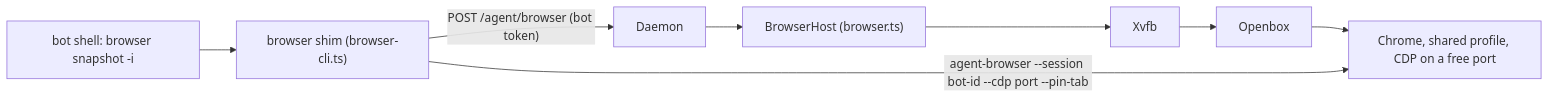
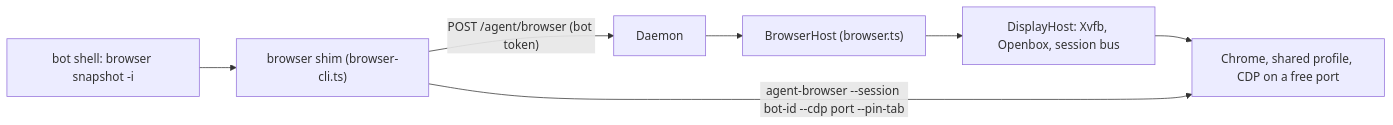
One commit to mittal-parth/companion changed the first of 2 diagrams in docs/phase-2-9.md. Above: the diagram before and after it, drawn with Mermaid. The commit also changed other lines of this file and 20 other files, not shown here.

````diff
--- a/docs/phase-2-9.md
+++ b/docs/phase-2-9.md
@@ -15,8 +26,9 @@
 ```mermaid
 flowchart LR
   Bot["bot shell: browser snapshot -i"] --> Shim["browser shim (browser-cli.ts)"]
   Shim -->|"POST /agent/browser (bot token)"| Daemon
   Daemon --> Host["BrowserHost (browser.ts)"]
-  Host --> Xvfb --> Openbox --> Chrome["Chrome, shared profile, CDP on a free port"]
+  Host --> Display["DisplayHost: Xvfb, Openbox, session bus"]
+  Display --> Chrome["Chrome, shared profile, CDP on a free port"]
   Shim -->|"agent-browser --session bot-id --cdp port --pin-tab"| Chrome
 ```
````
